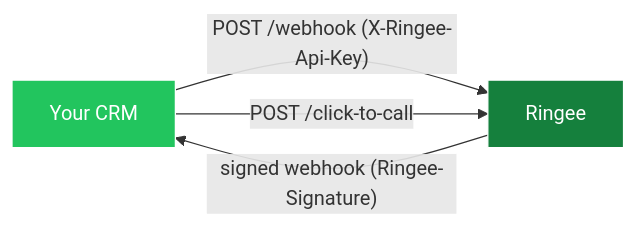
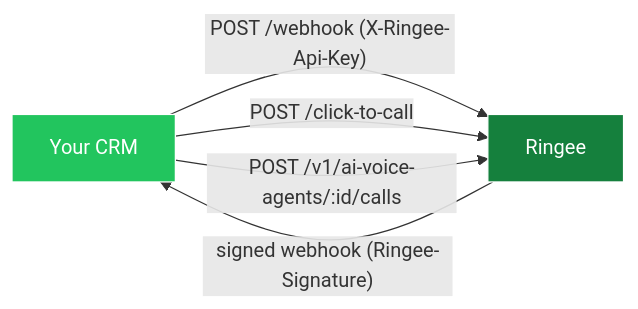
Before and after one commit to ringee-io/ringee-docs: the diagram in api/overview.mdx, drawn with Mermaid. The commit also changed other lines of this file and 33 other files, not shown here.

First line of the commit message:
Add AI Voice Agents documentation including API reference, call management, CLI usage, configuration, knowledge sources, and self-hosting guidelines

````diff
--- a/api/overview.mdx
+++ b/api/overview.mdx
@@ -33,12 +43,13 @@
 ```mermaid
 flowchart LR;
     classDef crm fill:#22C55E,color:white,stroke:#fff
     classDef ringee fill:#15803D,color:white,stroke:#fff
 
     crm[Your CRM]:::crm
     ringee[Ringee]:::ringee
 
     crm -- "POST /webhook (X-Ringee-Api-Key)" --> ringee
     crm -- "POST /click-to-call" --> ringee
+    crm -- "POST /v1/ai-voice-agents/:id/calls" --> ringee
     ringee -- "signed webhook (Ringee-Signature)" --> crm
 ```
````
